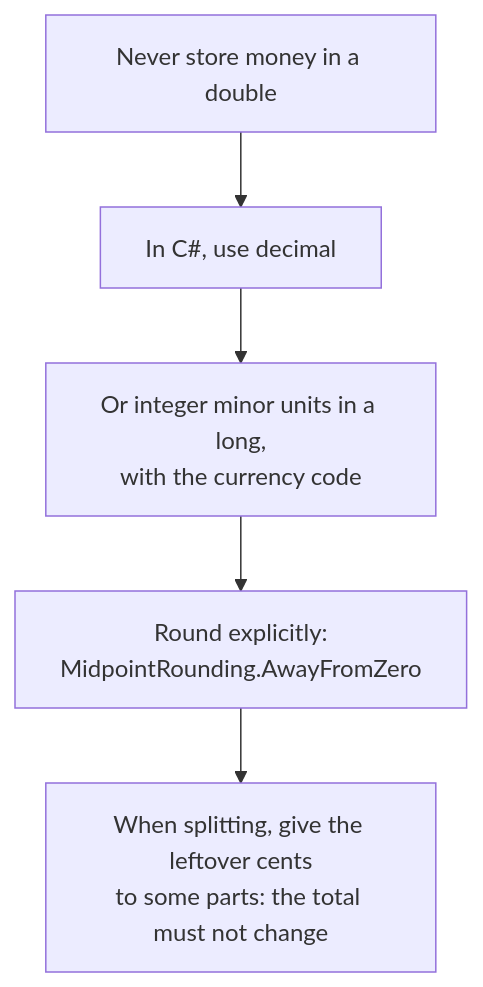
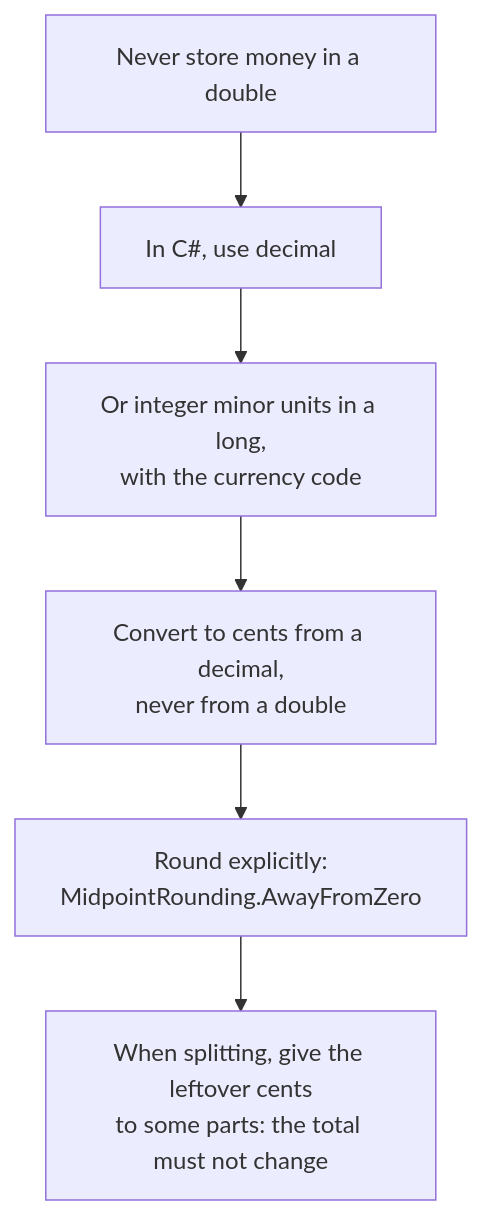
The fourth of 4 diagrams in appendix/C-money-in-code.md (callasalvatore/csharp-algorithms), drawn with Mermaid before and after one commit. The commit also changed other lines of this file and 3 other files, not shown here.

````diff
--- a/appendix/C-money-in-code.md
+++ b/appendix/C-money-in-code.md
@@ -226,7 +236,8 @@
 ```mermaid
 flowchart TB
     A["Never store money in a double"] --> B["In C#, use decimal"]
     B --> C["Or integer minor units in a long,<br/>with the currency code"]
-    C --> D["Round explicitly:<br/>MidpointRounding.AwayFromZero"]
-    D --> E["When splitting, give the leftover cents<br/>to some parts: the total must not change"]
+    C --> D["Convert to cents from a decimal,<br/>never from a double"]
+    D --> E["Round explicitly:<br/>MidpointRounding.AwayFromZero"]
+    E --> F["When splitting, give the leftover cents<br/>to some parts: the total must not change"]
 ```
````
